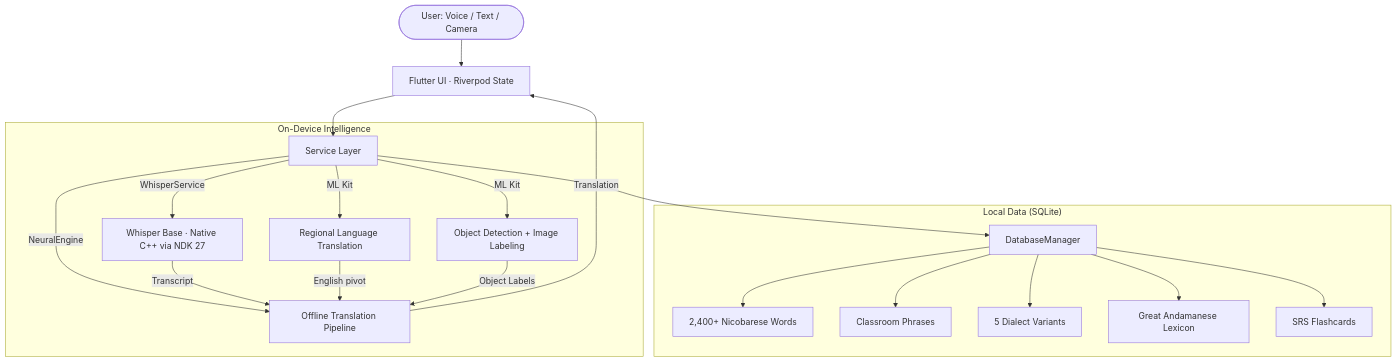
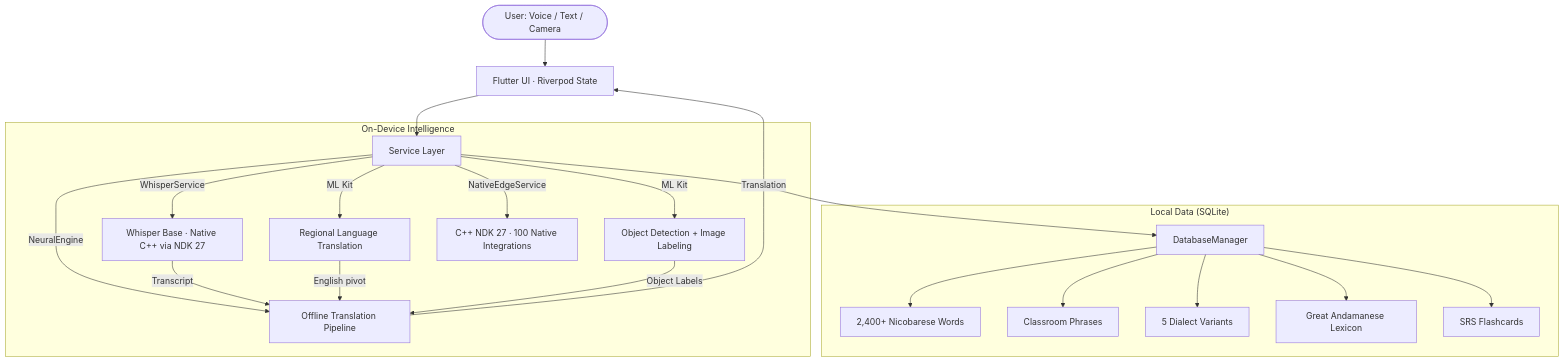
Before and after one commit to sathiyatskrj/Speechmate: the diagram in docs/architecture.md, drawn with Mermaid. The commit also changed other lines of this file and 2 other files, not shown here.

Commit message:
docs(general): update README, docs for Explorer Edition v1.5.0 release notes - 100 native integrations, 15 off-grid features, Situational Phrasebook, Conversation Mode, Word of Day, Andaman Coastal UI, Kannada migration, build v1.5.0+10

````diff
--- a/docs/architecture.md
+++ b/docs/architecture.md
@@ -5,26 +5,27 @@
 ```mermaid
 graph TD
     User([User: Voice / Text / Camera]) --> UI[Flutter UI · Riverpod State]
     UI --> Service[Service Layer]
 
     subgraph "On-Device Intelligence"
         Service --> |WhisperService| Whisper[Whisper Base · Native C++ via NDK 27]
         Service --> |NeuralEngine| NLP[Offline Translation Pipeline]
         Service --> |ML Kit| AR[Object Detection + Image Labeling]
         Service --> |ML Kit| Regional[Regional Language Translation]
+        Service --> |NativeEdgeService| Native[C++ NDK 27 · 100 Native Integrations]
     end
 
     subgraph "Local Data (SQLite)"
         Service --> DB[DatabaseManager]
         DB --> Words[2,400+ Nicobarese Words]
         DB --> Phrases[Classroom Phrases]
         DB --> Dialects[5 Dialect Variants]
         DB --> GA[Great Andamanese Lexicon]
         DB --> FC[SRS Flashcards]
     end
 
     Whisper --> |Transcript| NLP
     Regional --> |English pivot| NLP
     NLP --> |Translation| UI
     AR --> |Object Labels| NLP
 ```
````
